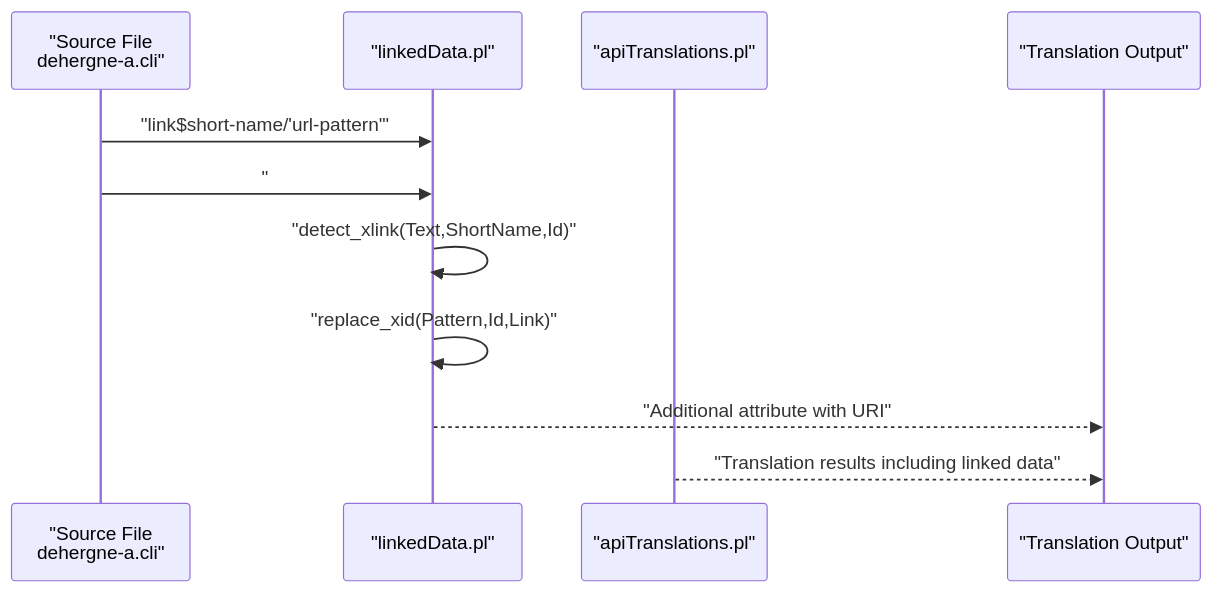
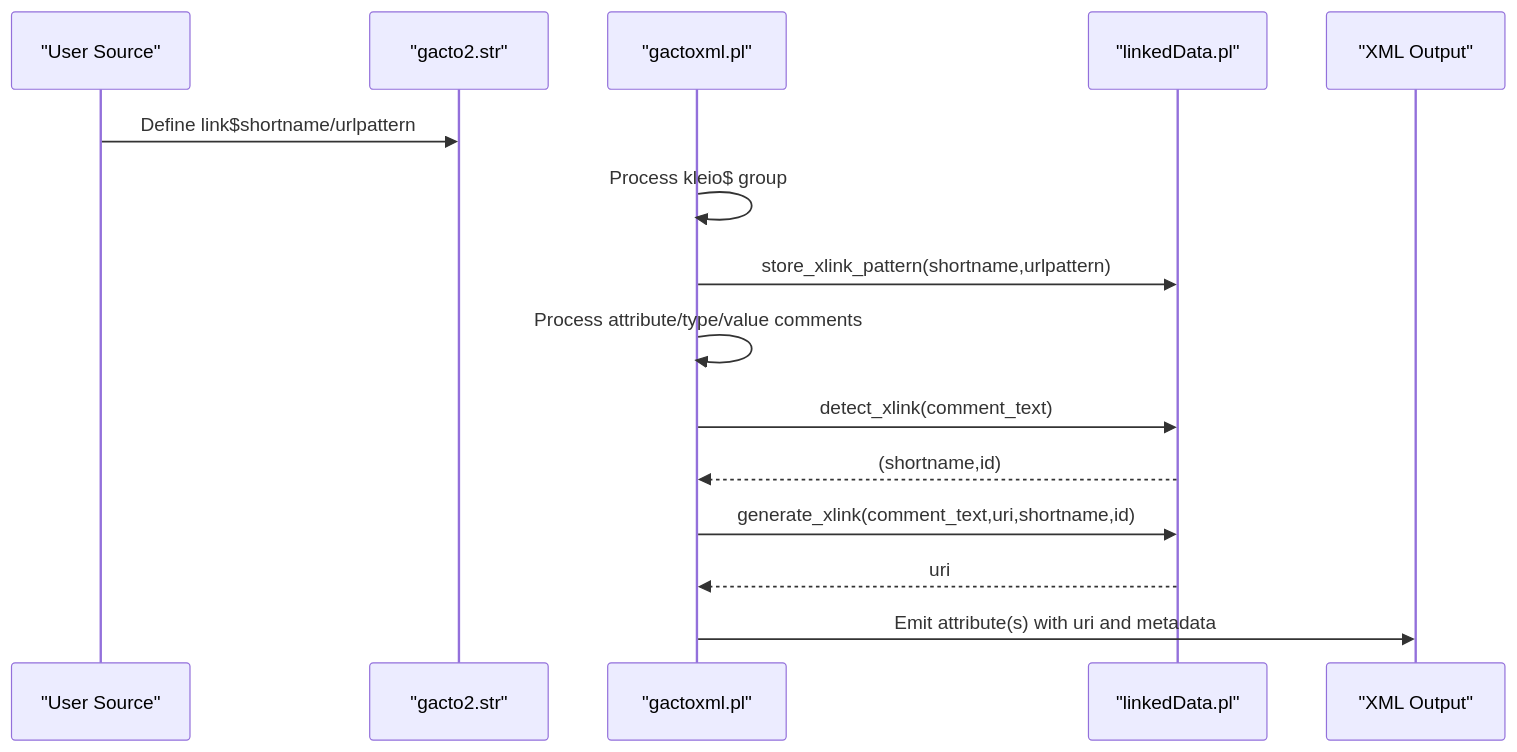
One commit to time-link/timelink-kleio changed the second of 6 diagrams in .qoder/repowiki/en/content/Translation Engine/Linked Data Integration.md. Above: the diagram before and after it, drawn with Mermaid. The commit also changed other lines of this file and 225 other files, not shown here.

````diff
--- a/.qoder/repowiki/en/content/Translation Engine/Linked Data Integration.md
+++ b/.qoder/repowiki/en/content/Translation Engine/Linked Data Integration.md
@@ -127,13 +76,17 @@
 ```mermaid
 sequenceDiagram
-participant Src as "Source File<br/>dehergne-a.cli"
-participant LD as "linkedData.pl"
-participant API as "apiTranslations.pl"
-participant Out as "Translation Output"
-Src->>LD : "link$short-name/'url-pattern'"
-Src->>LD : "# @short-name : id" in element comments
-LD->>LD : "detect_xlink(Text,ShortName,Id)"
-LD->>LD : "replace_xid(Pattern,Id,Link)"
-LD-->>Out : "Additional attribute with URI"
-API-->>Out : "Translation results including linked data"
+participant User as "User Source"
+participant Schema as "gacto2.str"
+participant Exporter as "gactoxml.pl"
+participant LDM as "linkedData.pl"
+participant XML as "XML Output"
+User->>Schema : Define link$shortname/urlpattern
+Exporter->>Exporter : Process kleio$ group
+Exporter->>LDM : store_xlink_pattern(shortname,urlpattern)
+Exporter->>Exporter : Process attribute/type/value comments
+Exporter->>LDM : detect_xlink(comment_text)
+LDM-->>Exporter : (shortname,id)
+Exporter->>LDM : generate_xlink(comment_text,uri,shortname,id)
+LDM-->>Exporter : uri
+Exporter->>XML : Emit attribute(s) with uri and metadata
 ```
````
